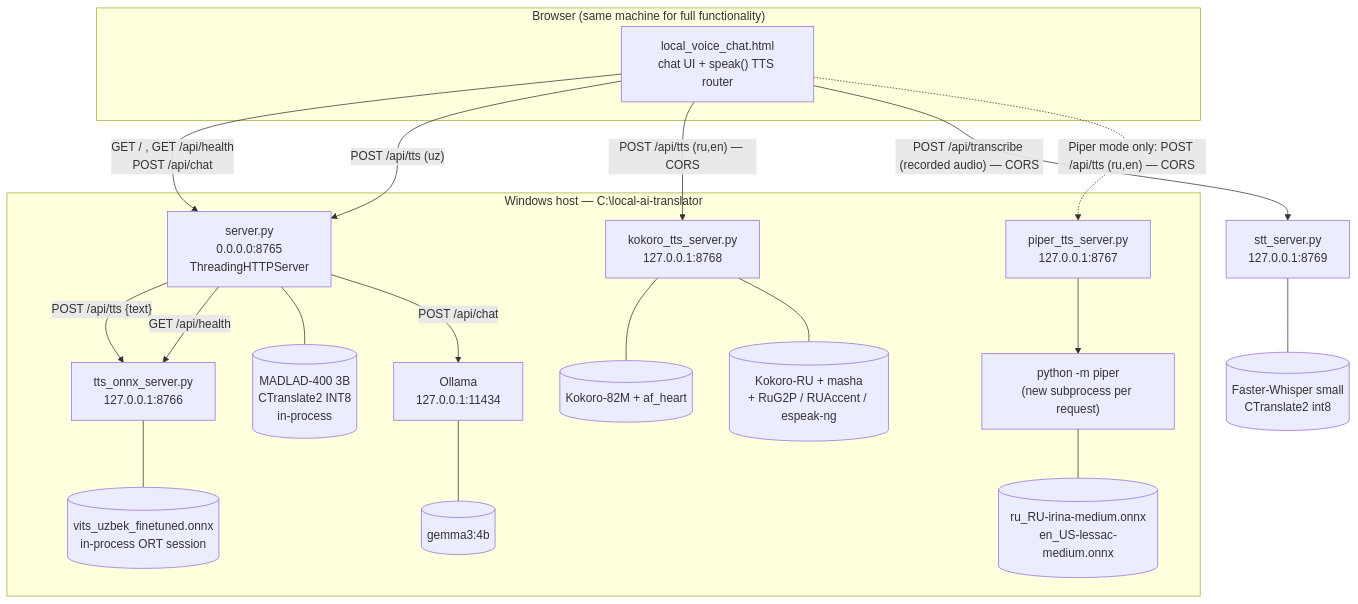
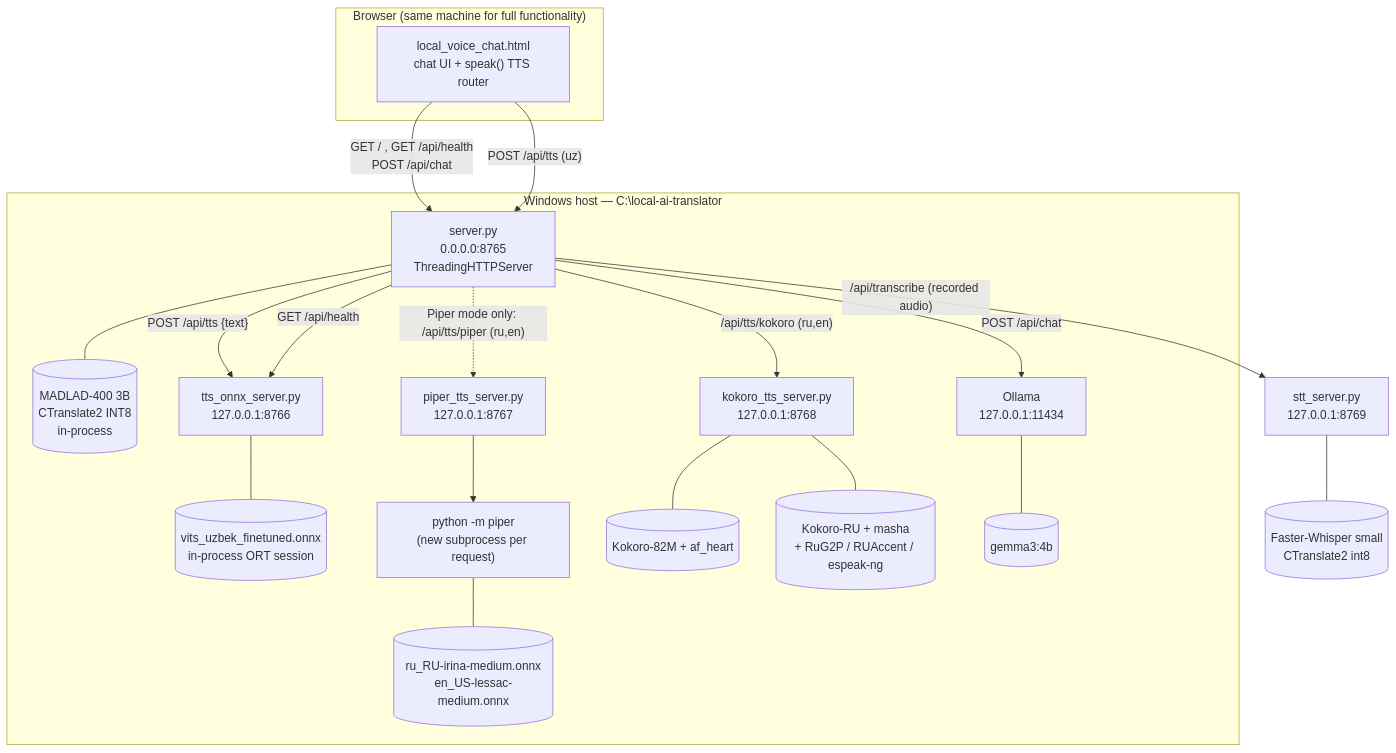
The first of 4 diagrams in docs/ARCHITECTURE.md (FirdavsNurmatov/local-ai-voice-assistant), drawn with Mermaid before and after one commit. The commit also changed other lines of this file and 11 other files, not shown here.

````diff
--- a/docs/ARCHITECTURE.md
+++ b/docs/ARCHITECTURE.md
@@ -9,37 +9,37 @@
 ```mermaid
 flowchart TB
     subgraph Browser["Browser (same machine for full functionality)"]
         UI["local_voice_chat.html<br/>chat UI + speak() TTS router"]
     end
 
     subgraph Host["Windows host — C:\local-ai-translator"]
         S["server.py<br/>0.0.0.0:8765<br/>ThreadingHTTPServer"]
         MAD[("MADLAD-400 3B<br/>CTranslate2 INT8<br/>in-process")]
         U["tts_onnx_server.py<br/>127.0.0.1:8766"]
         UM[("vits_uzbek_finetuned.onnx<br/>in-process ORT session")]
         P["piper_tts_server.py<br/>127.0.0.1:8767"]
         PC["python -m piper<br/>(new subprocess per request)"]
         PM[("ru_RU-irina-medium.onnx<br/>en_US-lessac-medium.onnx")]
         K["kokoro_tts_server.py<br/>127.0.0.1:8768"]
         KE[("Kokoro-82M + af_heart")]
         KR[("Kokoro-RU + masha<br/>+ RuG2P / RUAccent / espeak-ng")]
         O["Ollama<br/>127.0.0.1:11434"]
         Q[("gemma3:4b")]
     end
 
     UI -- "GET / , GET /api/health<br/>POST /api/chat" --> S
     UI -- "POST /api/tts (uz)" --> S
     S -- "POST /api/tts {text}" --> U
     S -- "GET /api/health" --> U
     S --- MAD
     S -- "POST /api/chat" --> O
     O --- Q
     U --- UM
-    UI -- "POST /api/tts (ru,en) — CORS" --> K
-    UI -- "POST /api/transcribe (recorded audio) — CORS" --> W["stt_server.py<br/>127.0.0.1:8769"]
+    S -- "/api/tts/kokoro (ru,en)" --> K
+    S -- "/api/transcribe (recorded audio)" --> W["stt_server.py<br/>127.0.0.1:8769"]
     W --- WM[("Faster-Whisper small<br/>CTranslate2 int8")]
-    UI -. "Piper mode only: POST /api/tts (ru,en) — CORS" .-> P
+    S -. "Piper mode only: /api/tts/piper (ru,en)" .-> P
     K --- KE
     K --- KR
     P --> PC --- PM
 ```
````
